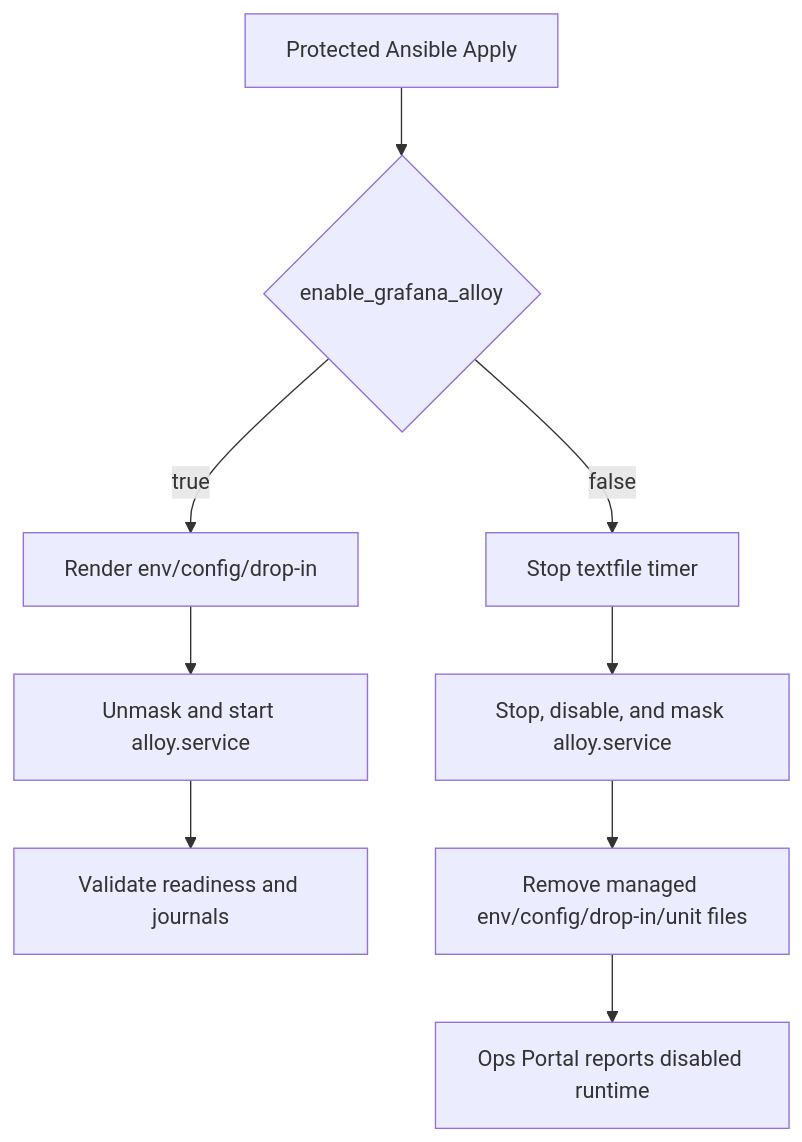
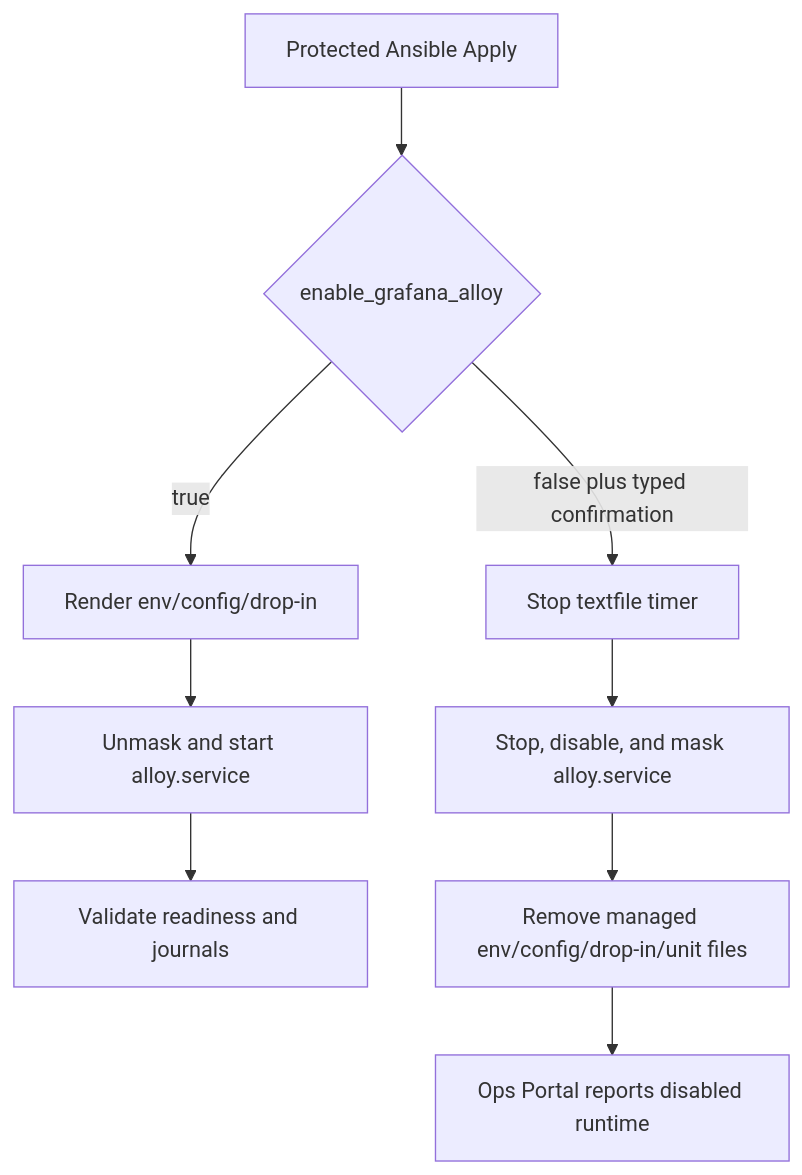
The third of 3 diagrams in NUTSNEWS_GRAFANA_CLOUD_OBSERVABILITY.md (ramideltoro/nutsnews-docs), drawn with Mermaid before and after one commit. The commit also changed other lines of this file and 36 other files, not shown here.

````diff
--- a/NUTSNEWS_GRAFANA_CLOUD_OBSERVABILITY.md
+++ b/NUTSNEWS_GRAFANA_CLOUD_OBSERVABILITY.md
@@ -326,11 +688,11 @@
 ```mermaid
 flowchart TD
     A[Protected Ansible Apply] --> B{enable_grafana_alloy}
     B -->|true| C[Render env/config/drop-in]
     C --> D[Unmask and start alloy.service]
     D --> E[Validate readiness and journals]
-    B -->|false| F[Stop textfile timer]
+    B -->|false plus typed confirmation| F[Stop textfile timer]
     F --> G[Stop, disable, and mask alloy.service]
     G --> H[Remove managed env/config/drop-in/unit files]
     H --> I[Ops Portal reports disabled runtime]
 ```
````
